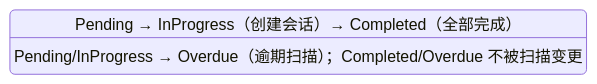
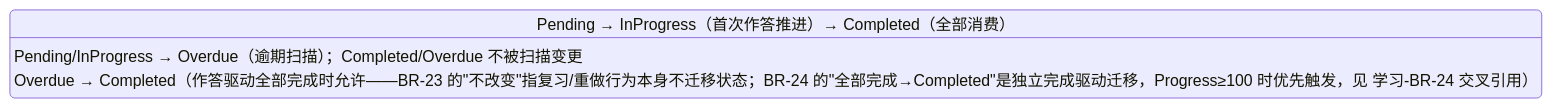
Before and after one commit to LoongBa/XiaoShuTong: the third of 6 diagrams in .TKWF/Business.md, drawn with Mermaid. The commit also changed other lines of this file and 5 other files, not shown here.

````diff
--- a/.TKWF/Business.md
+++ b/.TKWF/Business.md
@@ -363,5 +363,6 @@
 ```mermaid
 stateDiagram-v2
-    TaskAssignments: Pending → InProgress（创建会话）→ Completed（全部完成）
+    TaskAssignments: Pending → InProgress（首次作答推进）→ Completed（全部消费）
     TaskAssignments: Pending/InProgress → Overdue（逾期扫描）；Completed/Overdue 不被扫描变更
+    TaskAssignments: Overdue → Completed（作答驱动全部完成时允许——BR-23 的"不改变"指复习/重做行为本身不迁移状态；BR-24 的"全部完成→Completed"是独立完成驱动迁移，Progress≥100 时优先触发，见 学习-BR-24 交叉引用）
 ```
````
